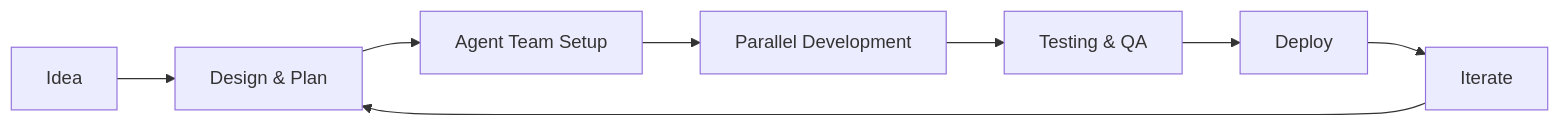
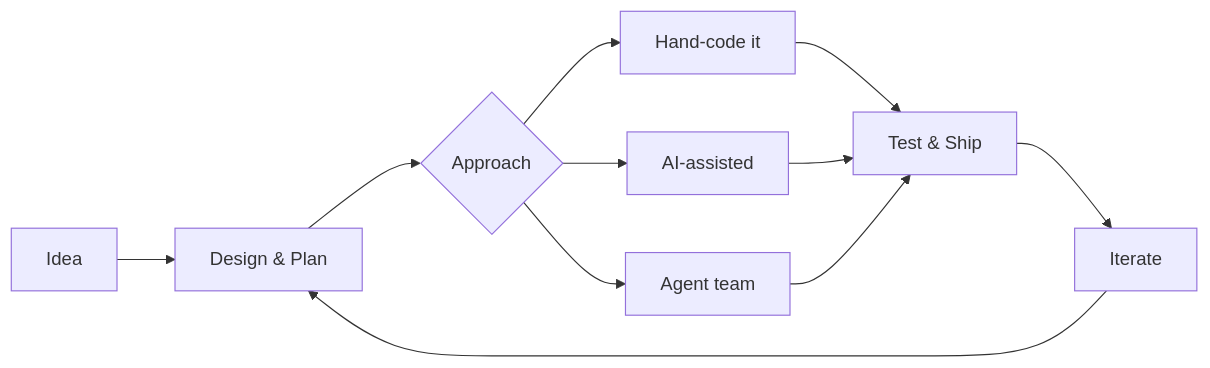
Before and after one commit to k1bot2026/k1bot2026: the diagram in README.md, drawn with Mermaid. The commit also changed other lines of this file, not shown here.

Commit message:
docs: update profile to reflect full dev approach and AI toolkit

````diff
--- a/README.md
+++ b/README.md
@@ -78,10 +81,11 @@
 ```mermaid
 flowchart LR
     A[Idea] --> B[Design & Plan]
-    B --> C[Agent Team Setup]
-    C --> D[Parallel Development]
-    D --> E[Testing & QA]
-    E --> F[Deploy]
-    F --> G[Iterate]
-    G --> B
+    B --> C{Approach}
+    C --> D[Hand-code it]
+    C --> E[AI-assisted]
+    C --> F[Agent team]
+    D & E & F --> G[Test & Ship]
+    G --> H[Iterate]
+    H --> B
 ```
````
